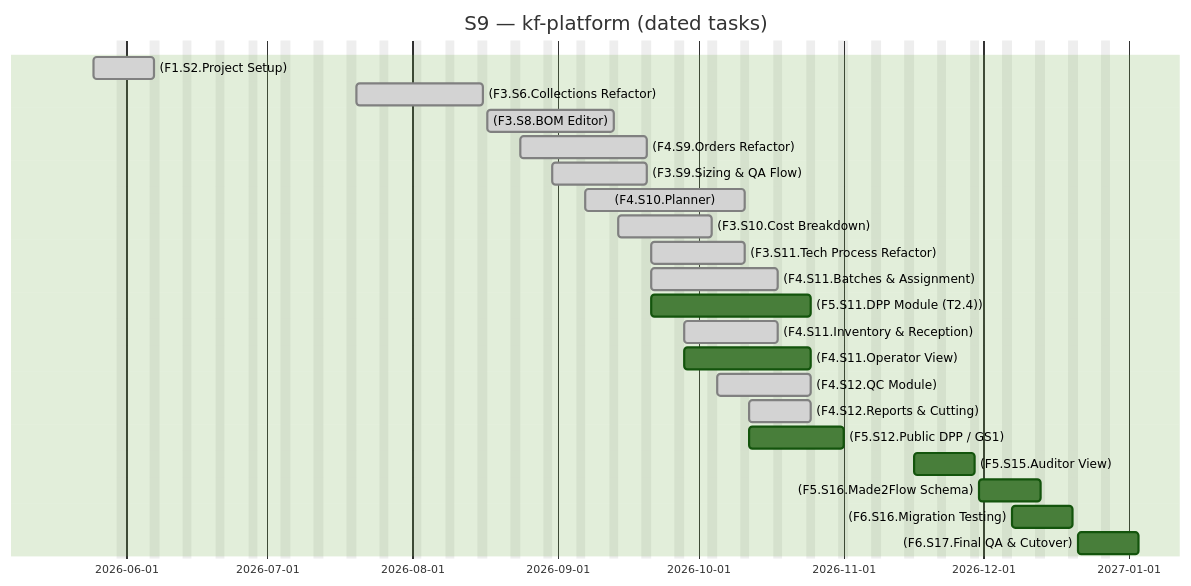
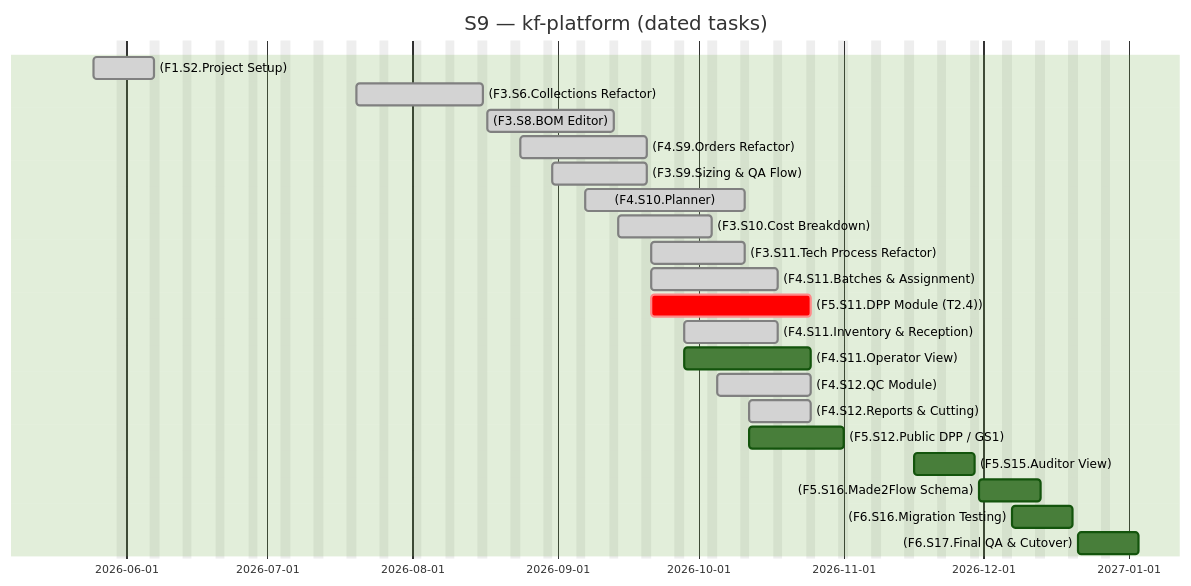
Before and after one commit to Katty-Fashion/kf-cpto: the second of 2 diagrams in docs/_projects/kf-platform.md, drawn with Mermaid (forest theme). The commit also changed other lines of this file and 15 other files, not shown here.

````diff
--- a/docs/_projects/kf-platform.md
+++ b/docs/_projects/kf-platform.md
@@ -97,26 +97,26 @@
 ```mermaid
 gantt
     title S9 — kf-platform (dated tasks)
     dateFormat YYYY-MM-DD
     excludes weekends
 
     (F1.S2.Project Setup) :done, 2026-05-25, 2026-06-07
     (F3.S6.Collections Refactor) :done, 2026-07-20, 2026-08-16
     (F3.S8.BOM Editor) :done, 2026-08-17, 2026-09-13
     (F4.S9.Orders Refactor) :done, 2026-08-24, 2026-09-20
     (F3.S9.Sizing & QA Flow) :done, 2026-08-31, 2026-09-20
     (F4.S10.Planner) :done, 2026-09-07, 2026-10-11
     (F3.S10.Cost Breakdown) :done, 2026-09-14, 2026-10-04
     (F3.S11.Tech Process Refactor) :done, 2026-09-21, 2026-10-11
     (F4.S11.Batches & Assignment) :done, 2026-09-21, 2026-10-18
-    (F5.S11.DPP Module (T2.4)) :2026-09-21, 2026-10-25
+    (F5.S11.DPP Module (T2.4)) :crit, 2026-09-21, 2026-10-25
     (F4.S11.Inventory & Reception) :done, 2026-09-28, 2026-10-18
     (F4.S11.Operator View) :2026-09-28, 2026-10-25
     (F4.S12.QC Module) :done, 2026-10-05, 2026-10-25
     (F4.S12.Reports & Cutting) :done, 2026-10-12, 2026-10-25
     (F5.S12.Public DPP / GS1) :2026-10-12, 2026-11-01
     (F5.S15.Auditor View) :2026-11-16, 2026-11-29
     (F5.S16.Made2Flow Schema) :2026-11-30, 2026-12-13
     (F6.S16.Migration Testing) :2026-12-07, 2026-12-20
     (F6.S17.Final QA & Cutover) :2026-12-21, 2027-01-03
 ```
````
